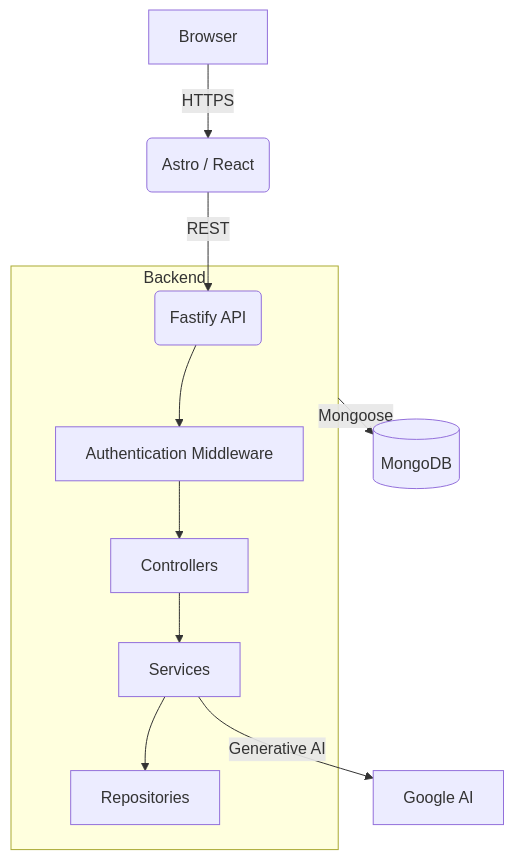
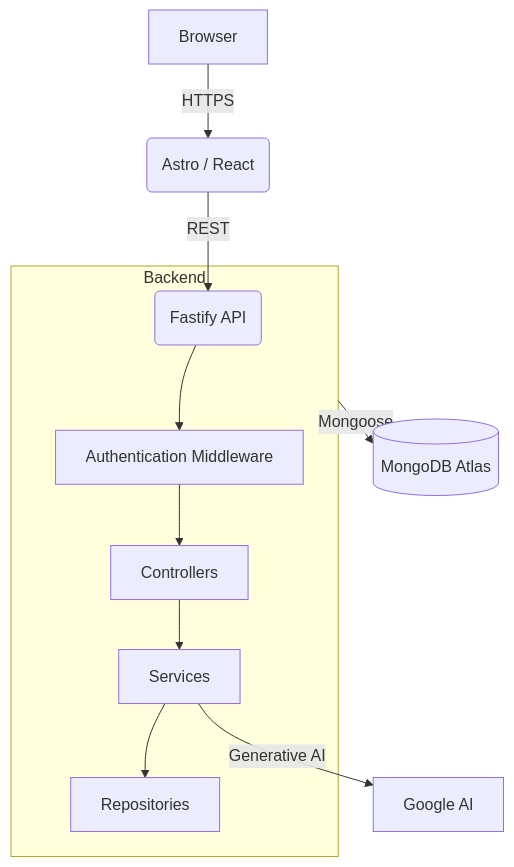
One commit to AeSoul0/CodeForge changed the diagram in README.md. Above: the diagram before and after it, drawn with Mermaid. The commit also changed other lines of this file and 66 other files, not shown here.

First line of the commit message:
chore: execute professional roadmap (M0-M9)

````diff
--- a/README.md
+++ b/README.md
@@ -15,15 +15,15 @@
 ```mermaid
 graph TD
     Browser[Browser] -->|HTTPS| Frontend(Astro / React)
     Frontend -->|REST| API(Fastify API)
     
     subgraph Backend
         API --> Auth[Authentication Middleware]
         Auth --> Controllers
         Controllers --> Services
         Services --> Repositories
     end
     
-    Backend -->|Mongoose| MongoDB[(MongoDB)]
+    Backend -->|Mongoose| MongoDB[(MongoDB Atlas)]
     Services -->|Generative AI| VertexAI[Google AI]
 ```
````
